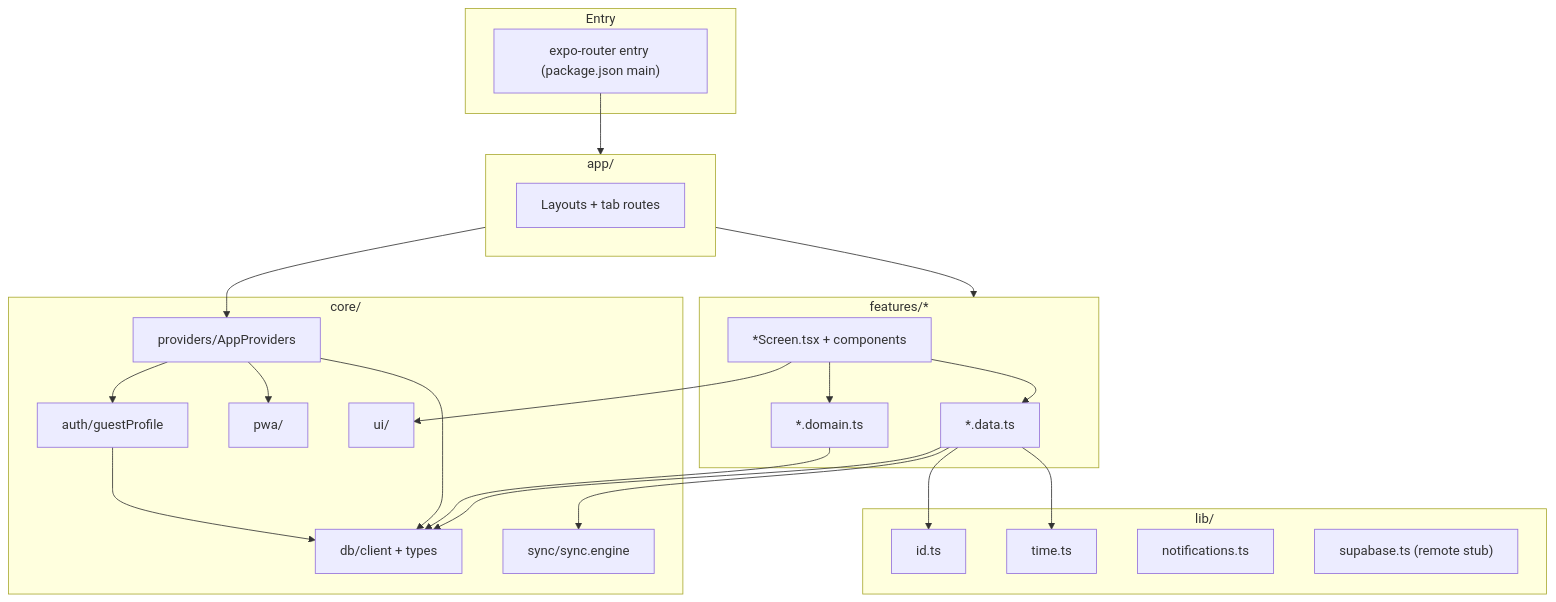
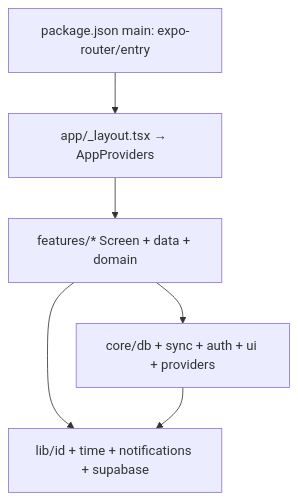
Before and after one commit to quantdale/super-habits: the diagram in docs/knowledge-base/00_INDEX.md, drawn with Mermaid. The commit also changed other lines of this file and 7 other files, not shown here.

````diff
--- a/docs/knowledge-base/00_INDEX.md
+++ b/docs/knowledge-base/00_INDEX.md
@@ -89,43 +153,12 @@
 ```mermaid
 flowchart TB
-  subgraph entry["Entry"]
-    ER["expo-router entry (package.json main)"]
-  end
-  subgraph app["app/"]
-    Routes["Layouts + tab routes"]
-  end
-  subgraph features["features/*"]
-    FData["*.data.ts"]
-    FDomain["*.domain.ts"]
-    FUI["*Screen.tsx + components"]
-  end
-  subgraph core["core/"]
-    DB["db/client + types"]
-    Sync["sync/sync.engine"]
-    Auth["auth/guestProfile"]
-    Prov["providers/AppProviders"]
-    PWA["pwa/"]
-    UI["ui/"]
-  end
-  subgraph lib["lib/"]
-    Id["id.ts"]
-    Time["time.ts"]
-    Notif["notifications.ts"]
-    Rem["supabase.ts (remote stub)"]
-  end
-  ER --> app
-  app --> Prov
-  app --> features
-  FUI --> UI
-  FUI --> FData
-  FUI --> FDomain
-  FData --> DB
-  FData --> Id
-  FData --> Time
-  FData --> Sync
-  FDomain --> DB
-  Prov --> DB
-  Prov --> PWA
-  Prov --> Auth
-  Auth --> DB
+  ER["package.json main: expo-router/entry"]
+  APP["app/_layout.tsx → AppProviders"]
+  FEAT["features/* Screen + data + domain"]
+  CORE["core/db + sync + auth + ui + providers"]
+  LIB["lib/id + time + notifications + supabase"]
+  ER --> APP --> FEAT
+  FEAT --> CORE
+  FEAT --> LIB
+  CORE --> LIB
 ```
````
